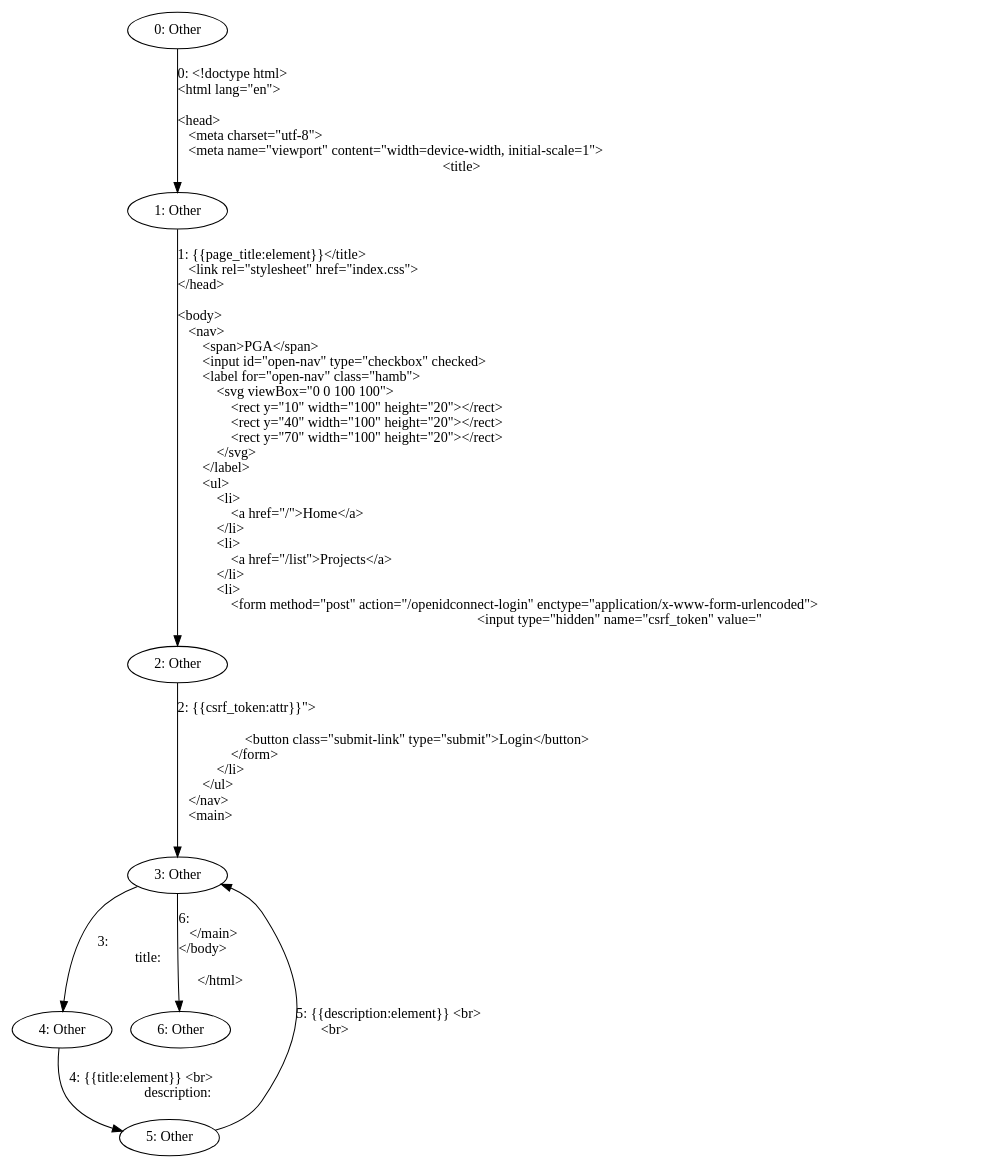
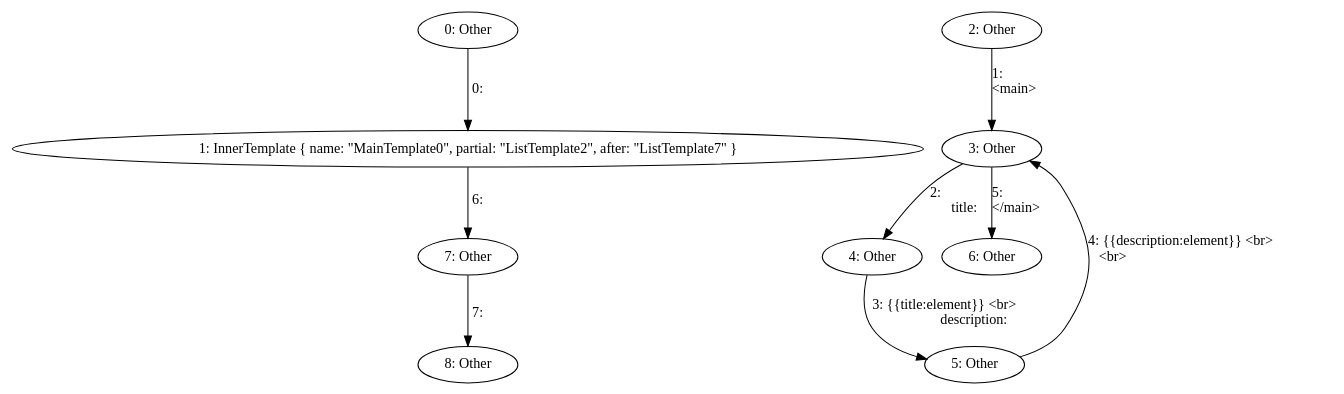
Before and after one commit to projektwahl/perfect-group-allocation: the diagram in list.dot, drawn with Graphviz. The commit also changed 13 other files, not shown here.

```diff
--- a/list.dot
+++ b/list.dot
@@ -1,16 +1,19 @@
 digraph {
     0 [ label = "0: Other" ]
-    1 [ label = "1: Other" ]
+    1 [ label = "1: InnerTemplate { name: \"MainTemplate0\", partial: \"ListTemplate2\", after: \"ListTemplate7\" }" ]
     2 [ label = "2: Other" ]
     3 [ label = "3: Other" ]
     4 [ label = "4: Other" ]
     5 [ label = "5: Other" ]
     6 [ label = "6: Other" ]
-    0 -> 1 [ label = "0: <!doctype html>\l<html lang=\"en\">\l\l<head>\l    <meta charset=\"utf-8\">\l    <meta name=\"viewport\" content=\"width=device-width, initial-scale=1\">\l    <title>" ]
-    1 -> 2 [ label = "1: {{page_title:element}}</title>\l    <link rel=\"stylesheet\" href=\"index.css\">\l</head>\l\l<body>\l    <nav>\l        <span>PGA</span>\l        <input id=\"open-nav\" type=\"checkbox\" checked>\l        <label for=\"open-nav\" class=\"hamb\">\l            <svg viewBox=\"0 0 100 100\">\l                <rect y=\"10\" width=\"100\" height=\"20\"></rect>\l                <rect y=\"40\" width=\"100\" height=\"20\"></rect>\l                <rect y=\"70\" width=\"100\" height=\"20\"></rect>\l            </svg>\l        </label>\l        <ul>\l            <li>\l                <a href=\"/\">Home</a>\l            </li>\l            <li>\l                <a href=\"/list\">Projects</a>\l            </li>\l            <li>\l                <form method=\"post\" action=\"/openidconnect-login\" enctype=\"application/x-www-form-urlencoded\">\l                    <input type=\"hidden\" name=\"csrf_token\" value=\"" ]
-    2 -> 3 [ label = "2: {{csrf_token:attr}}\">\l\l                    <button class=\"submit-link\" type=\"submit\">Login</button>\l                </form>\l            </li>\l        </ul>\l    </nav>\l    <main>\l        " ]
-    3 -> 4 [ label = "3: \l        title: " ]
-    4 -> 5 [ label = "4: {{title:element}} <br>\l        description: " ]
-    5 -> 3 [ label = "5: {{description:element}} <br>\l        <br>\l        " ]
-    3 -> 6 [ label = "6: \l    </main>\l</body>\l\l</html>" ]
+    7 [ label = "7: Other" ]
+    8 [ label = "8: Other" ]
+    0 -> 1 [ label = "0: " ]
+    2 -> 3 [ label = "1: \l<main>\l    " ]
+    3 -> 4 [ label = "2: \l    title: " ]
+    4 -> 5 [ label = "3: {{title:element}} <br>\l    description: " ]
+    5 -> 3 [ label = "4: {{description:element}} <br>\l    <br>\l    " ]
+    3 -> 6 [ label = "5: \l</main>\l" ]
+    1 -> 7 [ label = "6: " ]
+    7 -> 8 [ label = "7: " ]
 }
```
